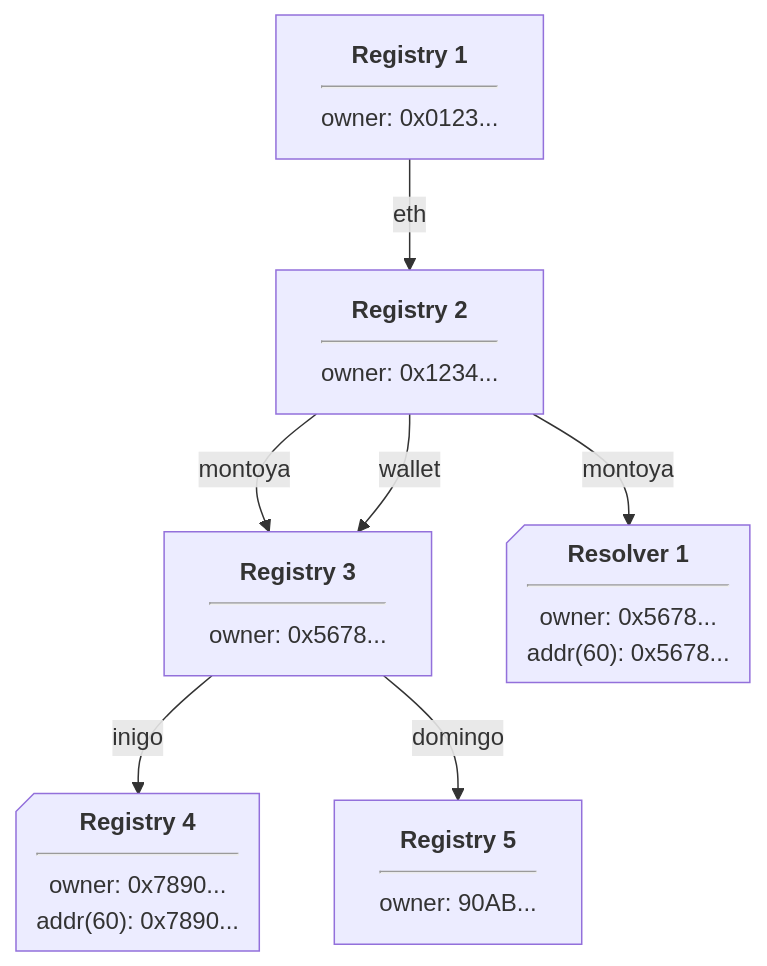
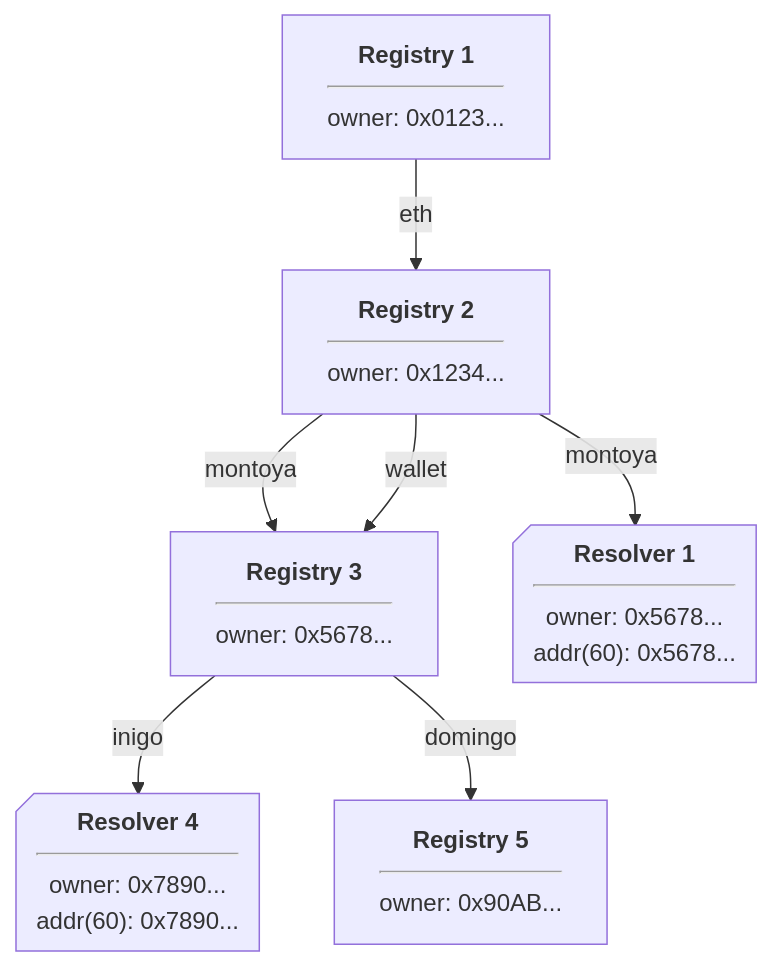
Before and after one commit to ensdomains/docs: the fourth of 4 diagrams in src/pages/contracts/ensv2/overview.mdx, drawn with Mermaid. The commit also changed other lines of this file, not shown here.

````diff
--- a/src/pages/contracts/ensv2/overview.mdx
+++ b/src/pages/contracts/ensv2/overview.mdx
@@ -135,15 +134,15 @@
 ```mermaid
 flowchart TB
     root@{label: "<b>Registry 1</b><hr>owner: 0x0123...</b>"}
     eth@{label: "<b>Registry 2</b><hr>owner: 0x1234..."}
     montoya@{label: "<b>Registry 3</b><hr>owner: 0x5678..."}
-    inigo@{label: "<b>Registry 4</b><hr>owner: 0x7890...<br>addr(60): 0x7890...", shape: notch-rect}
-    domingo@{label: "<b>Registry 5</b><hr>owner: 90AB..."}
+    inigo@{label: "<b>Resolver 4</b><hr>owner: 0x7890...<br>addr(60): 0x7890...", shape: notch-rect}
+    domingo@{label: "<b>Registry 5</b><hr>owner: 0x90AB..."}
     montoyaResolver@{label: "<b>Resolver 1</b><hr>owner: 0x5678...<br>addr(60): 0x5678...", shape: notch-rect}
     root-- eth --> eth
     eth-- montoya --> montoya
     eth-- wallet --> montoya
     eth-- montoya --> montoyaResolver
     montoya-- inigo --> inigo
     montoya-- domingo --> domingo
 ```
````
